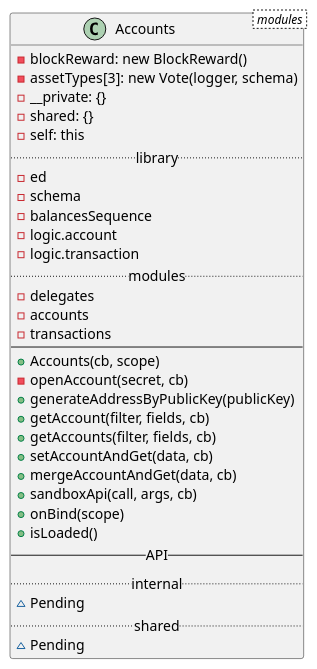
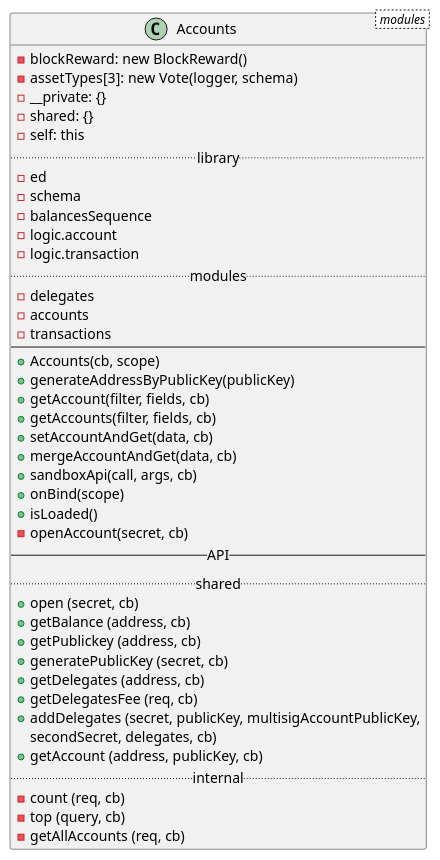
The diagram in class/classes/modules/accounts.puml (LucasIsasmendi/lisk-core-plantuml), drawn with PlantUML before and after one commit. The commit also changed 18 other files, not shown here.

```diff
--- a/class/classes/modules/accounts.puml
+++ b/class/classes/modules/accounts.puml
@@ -1,35 +1,45 @@
 @startuml
 class Accounts < modules > {
   - blockReward: new BlockReward()
   - assetTypes[3]: new Vote(logger, schema)
   - __private: {}
   - shared: {}
   - self: this
   .. library ..
   - ed
   - schema
   - balancesSequence
   - logic.account
   - logic.transaction
   .. modules ..
   - delegates
   - accounts
   - transactions
   --
   + Accounts(cb, scope)
-  - openAccount(secret, cb)
   + generateAddressByPublicKey(publicKey)
   + getAccount(filter, fields, cb)
   + getAccounts(filter, fields, cb)
   + setAccountAndGet(data, cb)
   + mergeAccountAndGet(data, cb)
   + sandboxApi(call, args, cb)
   + onBind(scope)
   + isLoaded()
+  - openAccount(secret, cb)
   -- API --
+  .. shared ..
+  + open (secret, cb)
+  + getBalance (address, cb)
+  + getPublickey (address, cb)
+  + generatePublicKey (secret, cb)
+  + getDelegates (address, cb)
+  + getDelegatesFee (req, cb)
+  + addDelegates (secret, publicKey, multisigAccountPublicKey,
+  secondSecret, delegates, cb)
+  + getAccount (address, publicKey, cb)
   .. internal ..
-  ~ Pending
-  .. shared ..
-  ~ Pending
+  - count (req, cb)
+  - top (query, cb)
+  - getAllAccounts (req, cb)
 }
 @enduml
```
